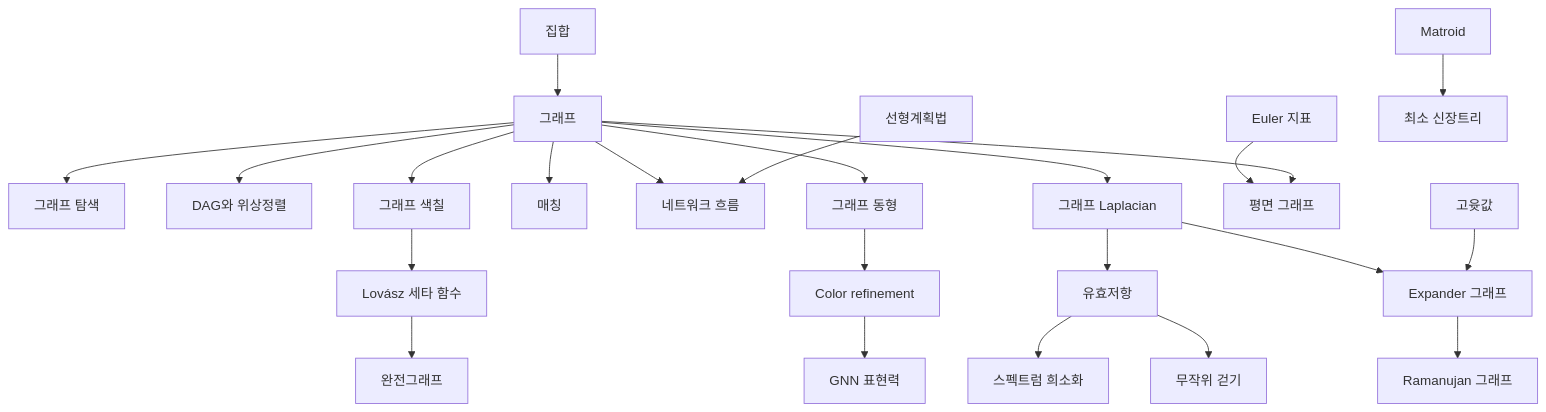
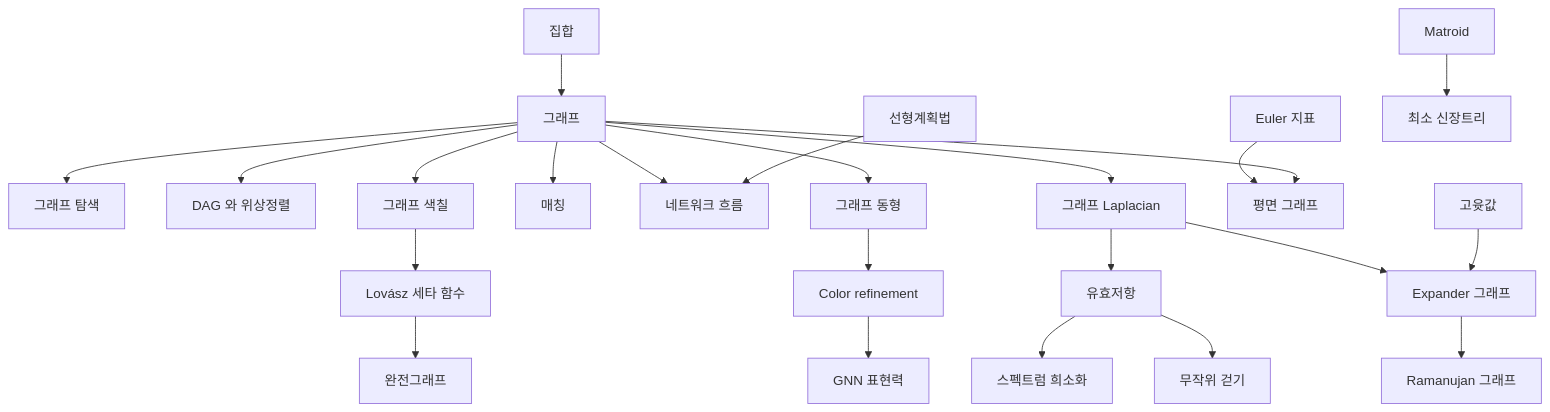
One commit to Phryxia/math-map changed the diagram in docs/graph-theory-overview.md. Above: the diagram before and after it, drawn with Mermaid. The commit also changed other lines of this file and 15 other files, not shown here.

````diff
--- a/docs/graph-theory-overview.md
+++ b/docs/graph-theory-overview.md
@@ -13,25 +13,25 @@
 ```mermaid
 graph TD
   ST["집합"] --> GR["그래프"]
   GR --> GS2["그래프 탐색"]
-  GR --> DG["DAG와 위상정렬"]
+  GR --> DG["DAG 와 위상정렬"]
   GR --> GC["그래프 색칠"]
   GR --> MA["매칭"]
   GR --> NF["네트워크 흐름"]
   GR --> GI["그래프 동형"]
   GR --> GL["그래프 Laplacian"]
   EC["Euler 지표"] --> PG["평면 그래프"]
   GR --> PG
   LP["선형계획법"] --> NF
   GC --> LT["Lovász 세타 함수"]
   LT --> PF["완전그래프"]
   GI --> CR["Color refinement"]
   CR --> GN["GNN 표현력"]
   MT["Matroid"] --> MS["최소 신장트리"]
   GL --> ER["유효저항"]
   GL --> EG["Expander 그래프"]
   EV["고윳값"] --> EG
   ER --> SS["스펙트럼 희소화"]
   ER --> RW["무작위 걷기"]
   EG --> RG["Ramanujan 그래프"]
 ```
````
